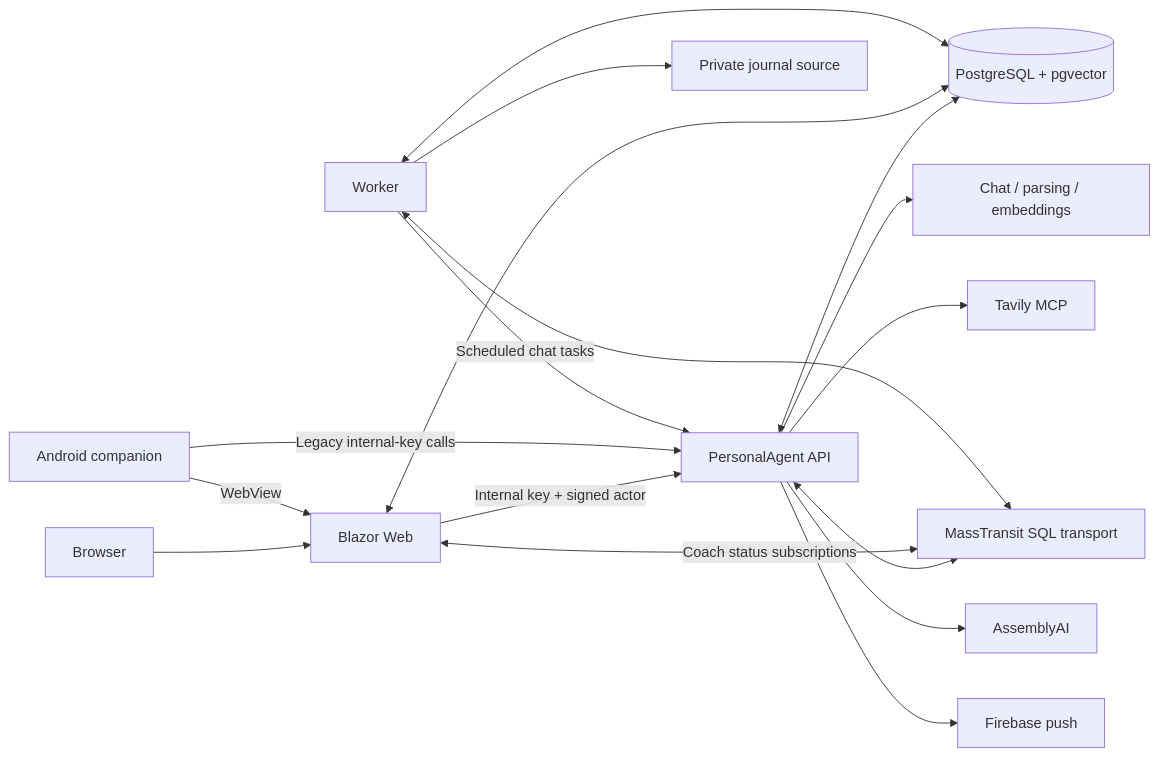
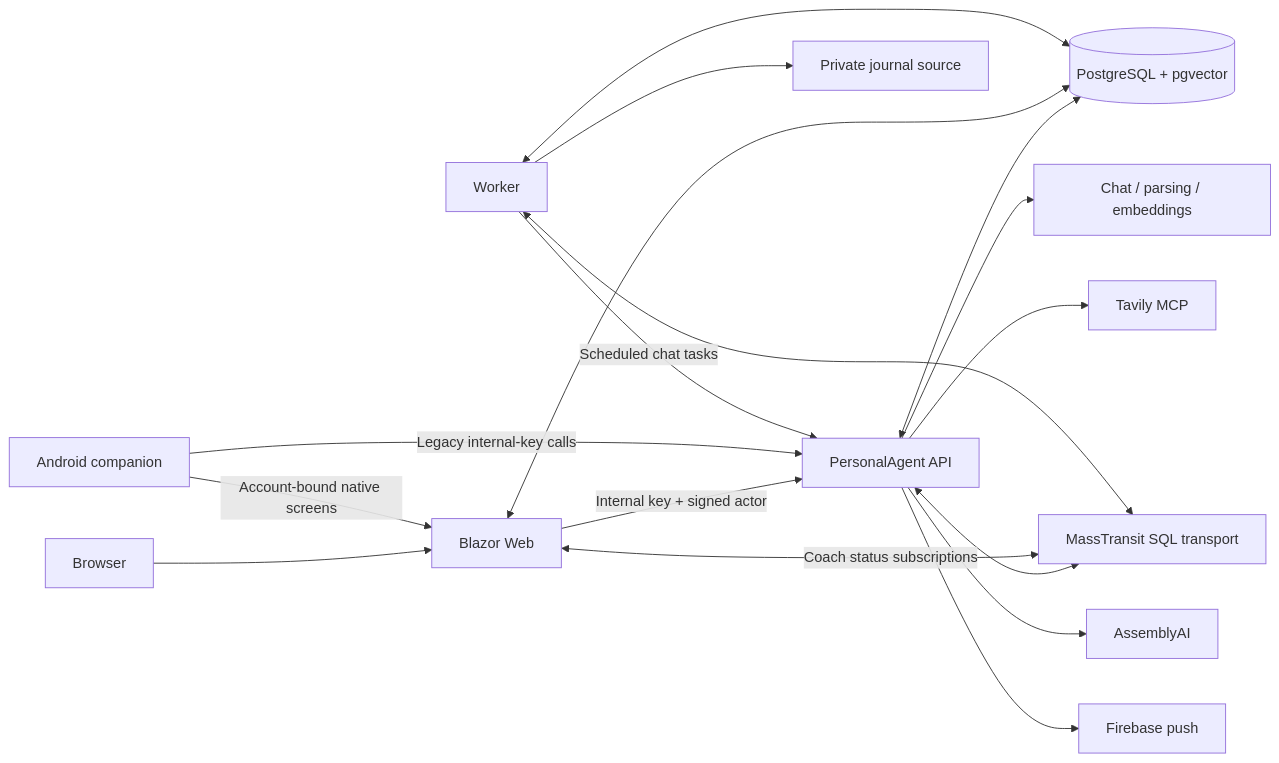
One commit to memarino92/AgentPlayground changed the diagram in docs/architecture.md. Above: the diagram before and after it, drawn with Mermaid. The commit also changed 51 other files, not shown here.

Commit message:
feat: replace the Android WebView with native MAUI screens

````diff
--- a/docs/architecture.md
+++ b/docs/architecture.md
@@ -5,19 +5,19 @@
 ```mermaid
 flowchart LR
     Browser --> Web[Blazor Web]
     Web -->|Internal key + signed actor| API[PersonalAgent API]
     Mobile[Android companion] -->|Legacy internal-key calls| API
-    Mobile -->|WebView| Web
+    Mobile -->|Account-bound native screens| Web
     API --> Models[Chat / parsing / embeddings]
     API --> MCP[Tavily MCP]
     API <--> DB[(PostgreSQL + pgvector)]
     Web <--> DB
     Worker[Worker] <--> DB
     API <--> Bus[MassTransit SQL transport]
     Web <-->|Coach status subscriptions| Bus
     Worker <--> Bus
     Worker -->|Scheduled chat tasks| API
     API --> AssemblyAI
     Worker --> GitHub[Private journal source]
     API --> FCM[Firebase push]
 ```
````
